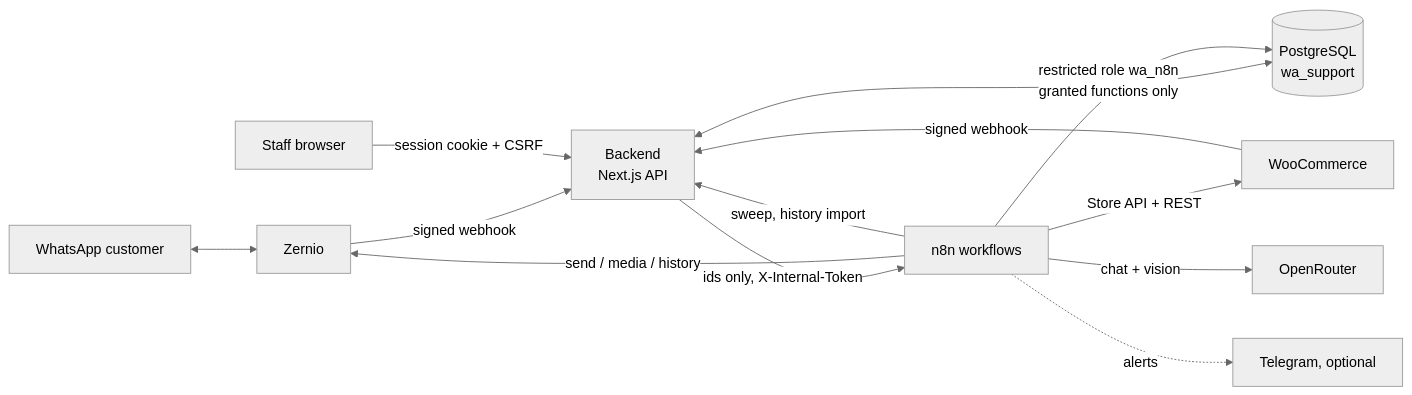
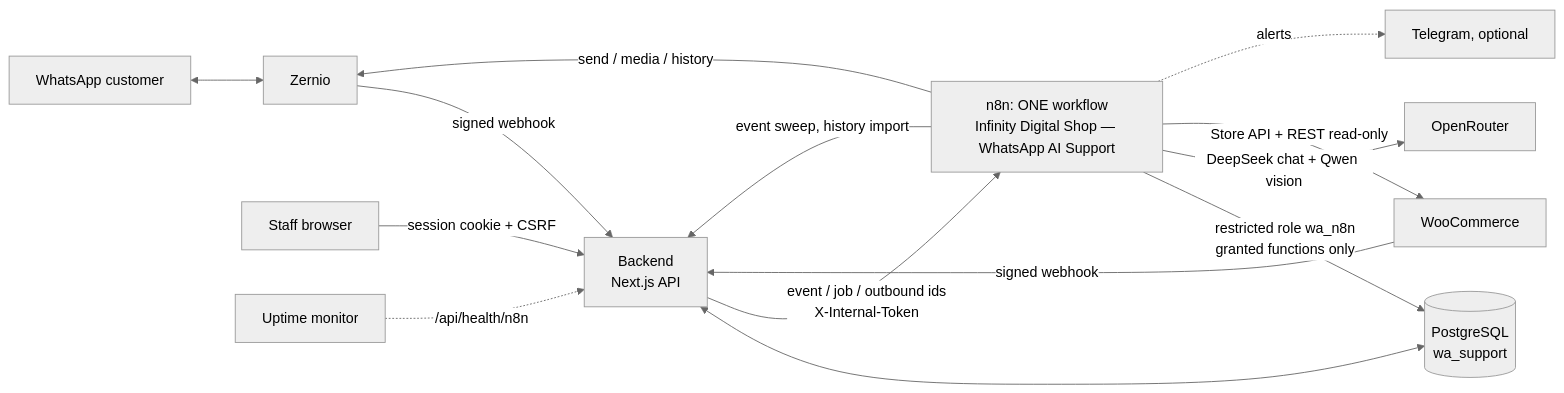
Before and after one commit to noobdurjoy/whatn8n: the diagram in docs/ARCHITECTURE.md, drawn with Mermaid (neutral theme). The commit also changed other lines of this file and 85 other files, not shown here.

````diff
--- a/docs/ARCHITECTURE.md
+++ b/docs/ARCHITECTURE.md
@@ -5,15 +5,16 @@
 ```mermaid
 flowchart LR
   WA[WhatsApp customer] <--> Z[Zernio]
   Z -- signed webhook --> BE[Backend<br/>Next.js API]
   WOO[WooCommerce] -- signed webhook --> BE
   BE <--> DB[(PostgreSQL<br/>wa_support)]
-  BE -- ids only, X-Internal-Token --> N8N[n8n workflows]
-  N8N -- restricted role wa_n8n<br/>granted functions only --> DB
-  N8N -- send / media / history --> Z
-  N8N -- chat + vision --> OR[OpenRouter]
-  N8N -- Store API + REST --> WOO
-  N8N -- sweep, history import --> BE
+  BE -- event / job / outbound ids<br/>X-Internal-Token --> WF[n8n: ONE workflow<br/>Infinity Digital Shop — WhatsApp AI Support]
+  WF -- restricted role wa_n8n<br/>granted functions only --> DB
+  WF -- send / media / history --> Z
+  WF -- DeepSeek chat + Qwen vision --> OR[OpenRouter]
+  WF -- Store API + REST read-only --> WOO
+  WF -- event sweep, history import --> BE
   STAFF[Staff browser] -- session cookie + CSRF --> BE
-  N8N -. alerts .-> TG[Telegram, optional]
+  WF -. alerts .-> TG[Telegram, optional]
+  MON[Uptime monitor] -. /api/health/n8n .-> BE
 ```
````
